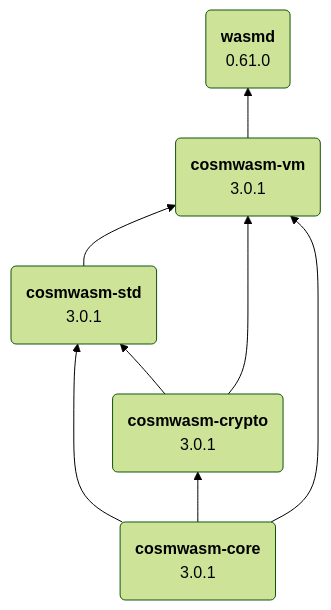
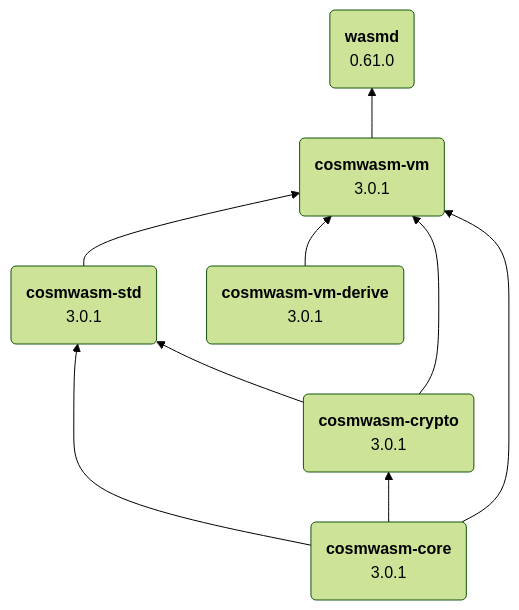
Before and after one commit to DariuszDepta/cosmwasm-notes: the diagram in dependencies/README.md, drawn with Mermaid. The commit also changed other lines of this file, not shown here.

````diff
--- a/dependencies/README.md
+++ b/dependencies/README.md
@@ -3,30 +5,34 @@
 ```mermaid
 ---
 config:
   theme: 'forest'
 ---
 
 flowchart BT
     A("`**cosmwasm-core**
         3.0.1`")
         
     B("`**cosmwasm-std**
         3.0.1`")
             
     C("`**cosmwasm-crypto**
         3.0.1`")
         
     D("`**cosmwasm-vm**
         3.0.1`")
         
+    F("`**cosmwasm-vm-derive**
+        3.0.1`")    
+        
     E("`**wasmd**
         0.61.0`")        
     
     A --> B
     A --> C
     A --> D
     C --> B
     C --> D
     B --> D
     D --> E
+    F --> D
 ```
````
